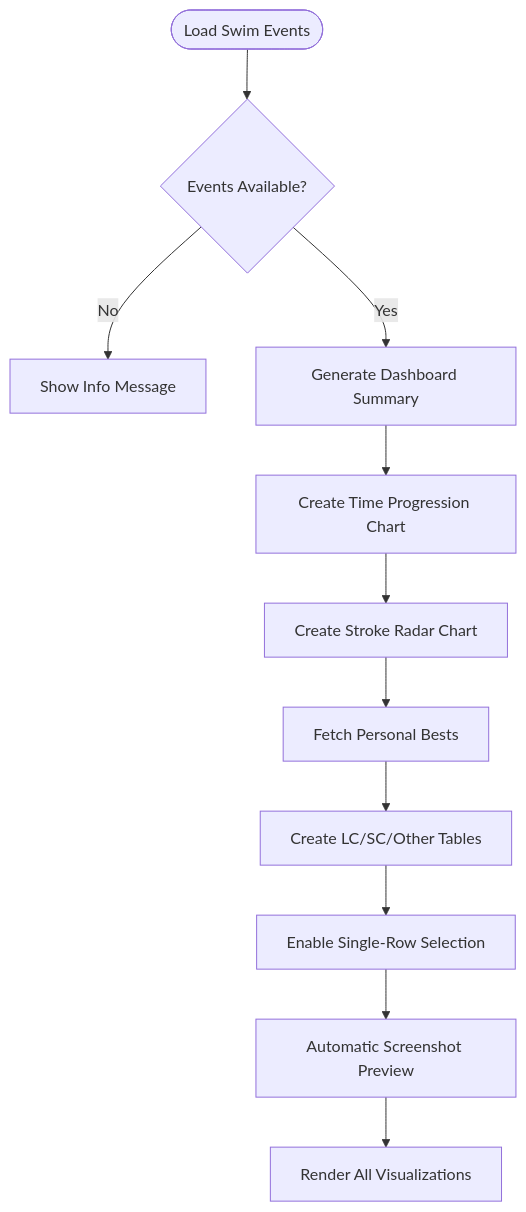
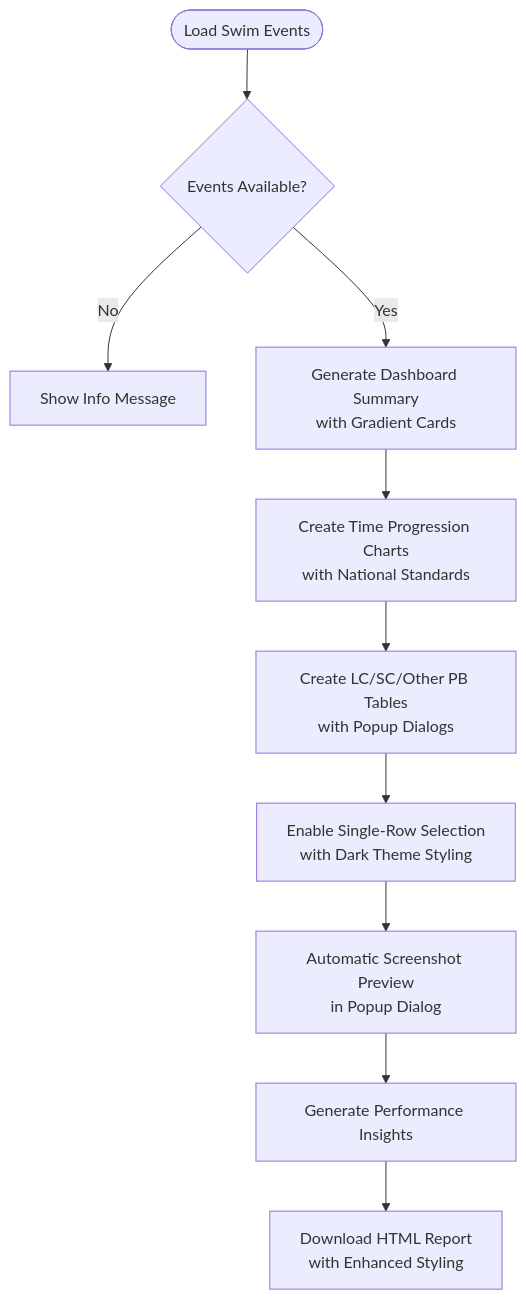
One commit to Johnny22056/SwimingStatus changed the eighth of 12 diagrams in .qoder/repowiki/en/content/Core Components/Application Controller.md. Above: the diagram before and after it, drawn with Mermaid. The commit also changed other lines of this file and 5 other files, not shown here.

First line of the commit message:
feat: chart/PB UI polish, Gap to NM column, meet course override

````diff
--- a/.qoder/repowiki/en/content/Core Components/Application Controller.md
+++ b/.qoder/repowiki/en/content/Core Components/Application Controller.md
@@ -350,13 +330,12 @@
 ```mermaid
 flowchart TD
 LoadEvents([Load Swim Events]) --> CheckEvents{"Events Available?"}
 CheckEvents --> |No| ShowInfo["Show Info Message"]
-CheckEvents --> |Yes| Summary["Generate Dashboard Summary"]
-Summary --> Progression["Create Time Progression Chart"]
-Progression --> Radar["Create Stroke Radar Chart"]
-Radar --> PersonalBests["Fetch Personal Bests"]
-PersonalBests --> PBTables["Create LC/SC/Other Tables"]
-PBTables --> RowSelection["Enable Single-Row Selection"]
-RowSelection --> ScreenshotPreview["Automatic Screenshot Preview"]
-ScreenshotPreview --> Render["Render All Visualizations"]
+CheckEvents --> |Yes| Summary["Generate Dashboard Summary<br/>with Gradient Cards"]
+Summary --> Progression["Create Time Progression Charts<br/>with National Standards"]
+Progression --> PBTables["Create LC/SC/Other PB Tables<br/>with Popup Dialogs"]
+PBTables --> RowSelection["Enable Single-Row Selection<br/>with Dark Theme Styling"]
+RowSelection --> ScreenshotPreview["Automatic Screenshot Preview<br/>in Popup Dialog"]
+ScreenshotPreview --> Insights["Generate Performance Insights"]
+Insights --> Report["Download HTML Report<br/>with Enhanced Styling"]
 ```
````
